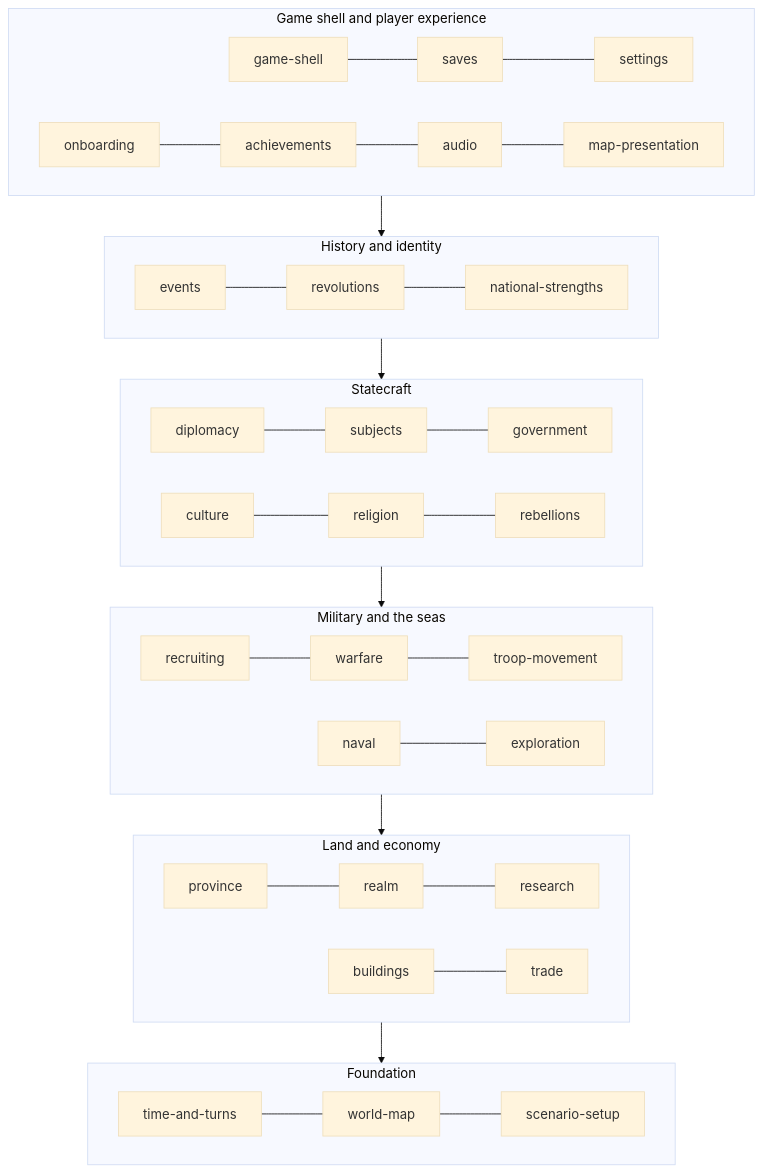
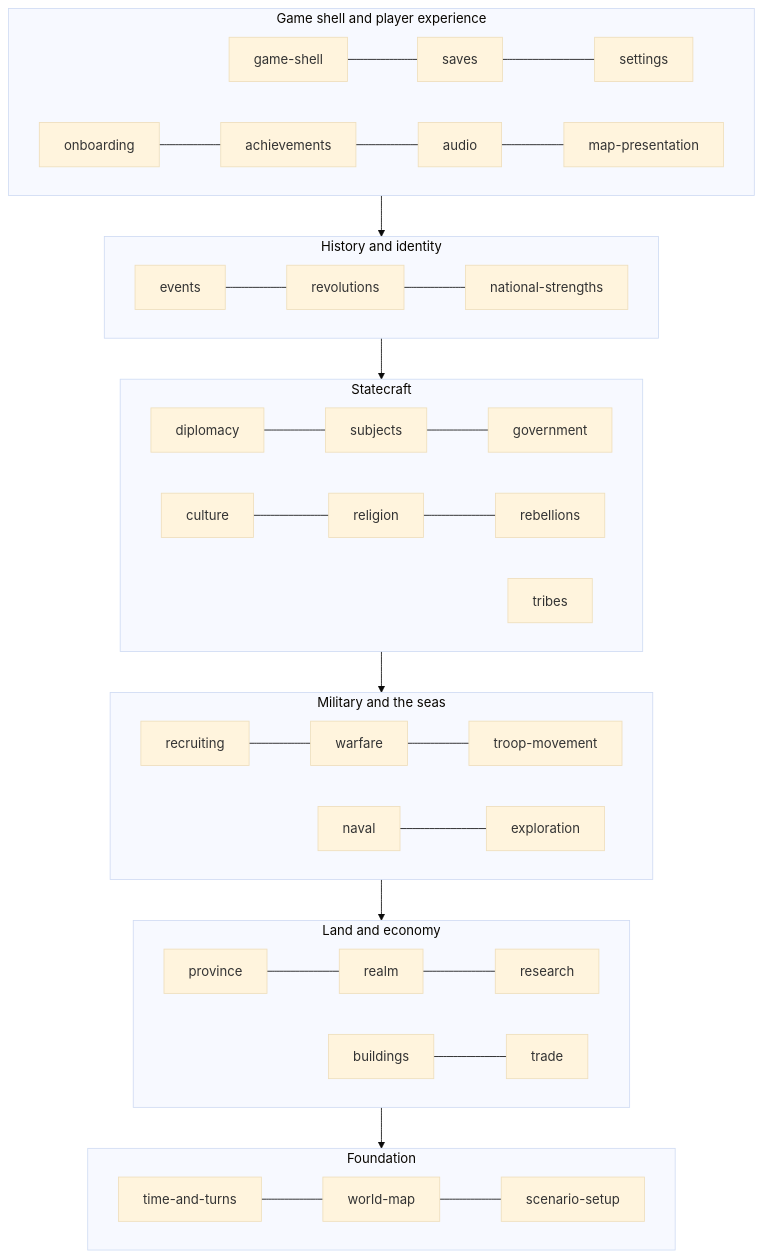
Before and after one commit to grrts/pocket-hedgemony: the diagram in domain/context-map.md, drawn with Mermaid (base theme). The commit also changed other lines of this file and 12 other files, not shown here.

````diff
--- a/domain/context-map.md
+++ b/domain/context-map.md
@@ -15,26 +15,27 @@
 ```mermaid
 flowchart TB
   subgraph Shell["Game shell and player experience"]
     SHELL[game-shell] --- SAVE[saves] --- SET[settings]
     TUT[onboarding] --- ACH[achievements] --- AUD[audio] --- VIEW[map-presentation]
   end
   subgraph History["History and identity"]
     EVT[events] --- REVO[revolutions] --- HER[national-strengths]
   end
   subgraph Statecraft["Statecraft"]
     DIPL[diplomacy] --- SUBJ[subjects] --- GOV[government]
     CULT[culture] --- RELG[religion] --- REBL[rebellions]
+    TRIBE[tribes]
   end
   subgraph Military["Military and the seas"]
     RECR[recruiting] --- WAR[warfare] --- MOVE[troop-movement]
     NAVY[naval] --- EXPL[exploration]
   end
   subgraph Economy["Land and economy"]
     PROV[province] --- REALM[realm] --- RSCH[research]
     BLD[buildings] --- TRADE[trade]
   end
   subgraph Foundation["Foundation"]
     TIME[time-and-turns] --- MAP[world-map] --- SETUP[scenario-setup]
   end
   Shell --> History --> Statecraft --> Military --> Economy --> Foundation
 ```
````
